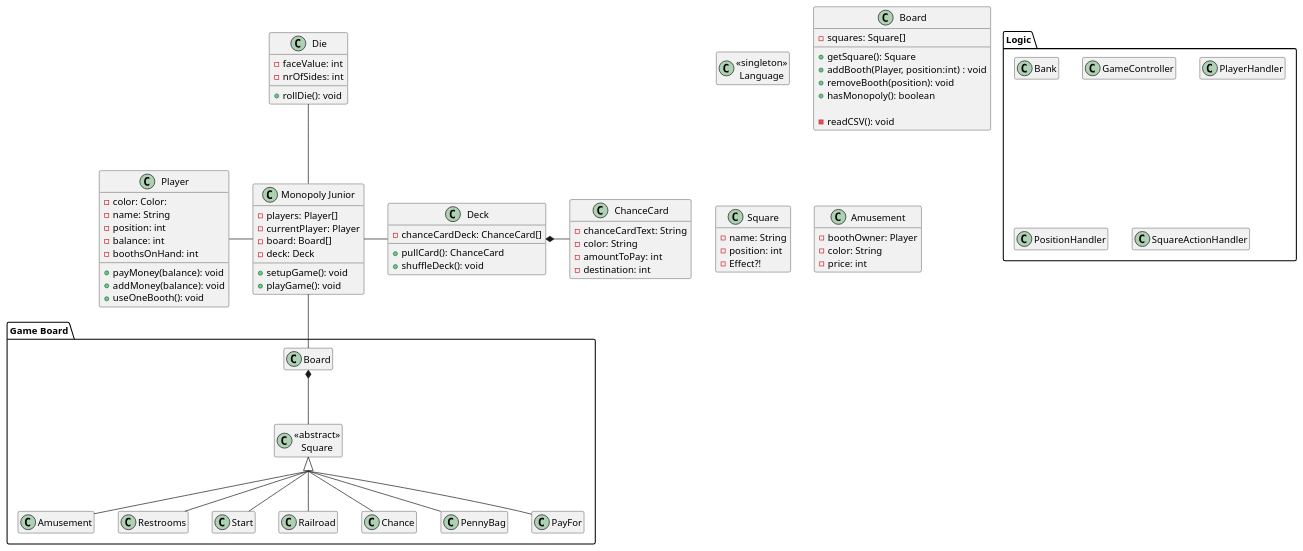
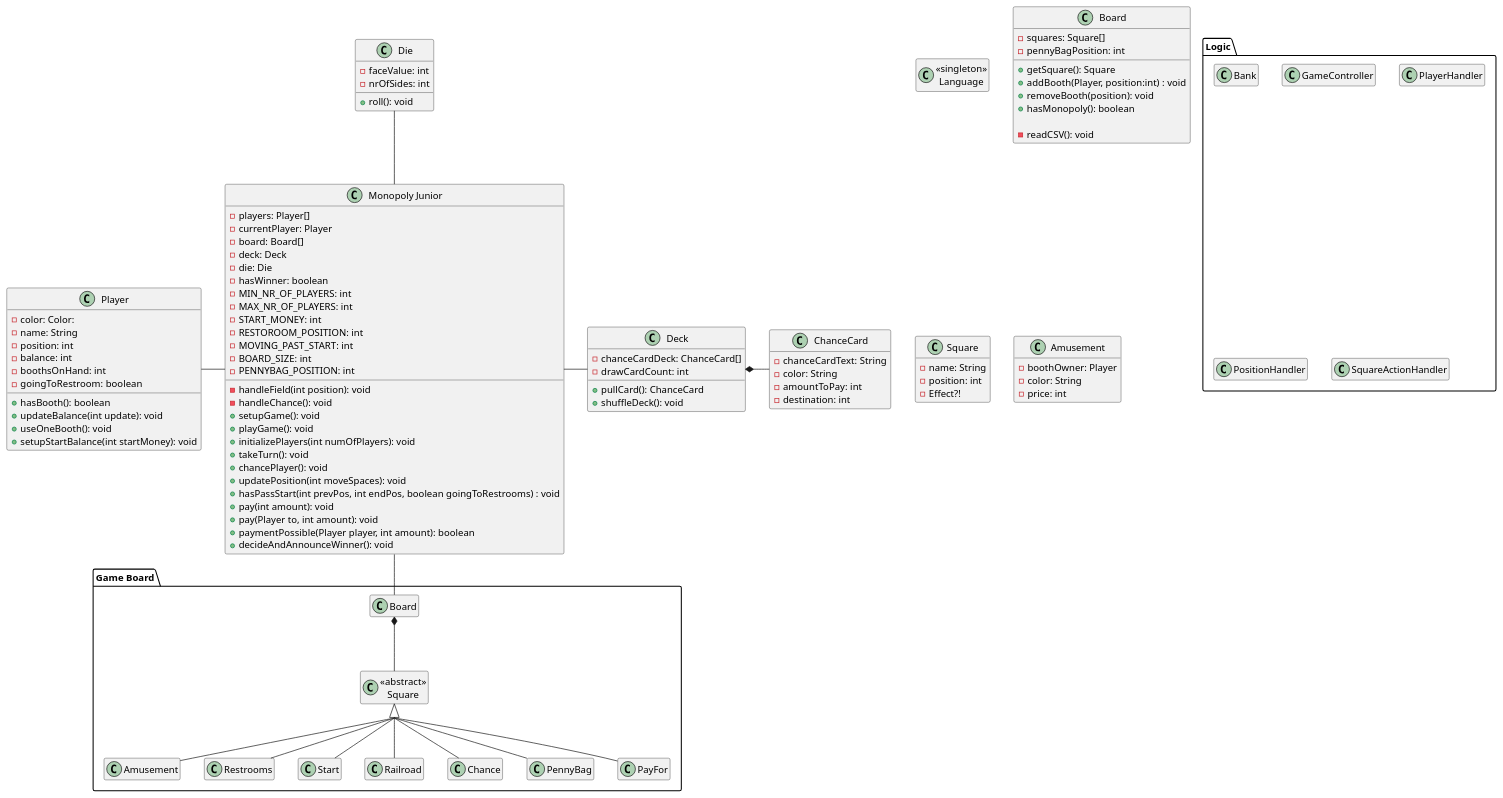
One commit to Greve2001/CDIO3 changed the diagram in diagrams/Designklasse.puml. Above: the diagram before and after it, drawn with PlantUML.

Commit message:
Updated Class diagram

```diff
--- a/diagrams/Designklasse.puml
+++ b/diagrams/Designklasse.puml
@@ -1,115 +1,142 @@
 @startuml
 
 hide empty members
 skinparam groupInheritance 2
 
 class "Monopoly Junior" as Game
 class Die
 
 package "Game Board" {
     class Board
 
     class "<<abstract>>\nSquare" as Square
         class Amusement
         class Restrooms
         class Start
         class Railroad
         class Chance
         class PennyBag
         class PayFor
 }
 
 package Logic {
     class Bank
     class GameController
     class PlayerHandler
     class PositionHandler
     class SquareActionHandler
 }
 
+
+
 class Deck
 class ChanceCard
 class Player
 class "<<singleton>>\nLanguage" as Language
 
 Game -up- Die
 Game -right- Deck
     Deck *-right- ChanceCard
 Game -left- Player
 Game -down- Board
     Board *-down- Square
     Square <|-- Restrooms
     Square <|-- Amusement
     Square <|-- Railroad
     Square <|-- PayFor
     Square <|-- PennyBag
     Square <|-- Start
     Square <|-- Chance
 
 class Game {
     -players: Player[]
     -currentPlayer: Player
     -board: Board[]
     -deck: Deck
+    -die: Die
+    -hasWinner: boolean
+    -MIN_NR_OF_PLAYERS: int
+    -MAX_NR_OF_PLAYERS: int
+    -START_MONEY: int
+    -RESTOROOM_POSITION: int
+    -MOVING_PAST_START: int
+    -BOARD_SIZE: int
+    -PENNYBAG_POSITION: int
 
+    -handleField(int position): void
+    -handleChance(): void
     +setupGame(): void
     +playGame(): void
+    +initializePlayers(int numOfPlayers): void
+    +takeTurn(): void
+    +chancePlayer(): void
+    +updatePosition(int moveSpaces): void
+    +hasPassStart(int prevPos, int endPos, boolean goingToRestrooms) : void
+    +pay(int amount): void
+    +pay(Player to, int amount): void
+    +paymentPossible(Player player, int amount): boolean
+    +decideAndAnnounceWinner(): void
+
 }
 
 class Board {
     -squares: Square[]
+    -pennyBagPosition: int
 
     +getSquare(): Square
     +addBooth(Player, position:int) : void
     +removeBooth(position): void
     +hasMonopoly(): boolean
 
     -readCSV(): void
 }
 
 class Square {
     -name: String
     -position: int
     -Effect?!
 }
 
 class Die {
     -faceValue: int
     -nrOfSides: int
 
-    +rollDie(): void
+    +roll(): void
 }
 
 class Player {
     -color: Color:
     -name: String
     -position: int
     -balance: int
     -boothsOnHand: int
+    -goingToRestroom: boolean
 
-    +payMoney(balance): void
-    +addMoney(balance): void
+    +hasBooth(): boolean
+    +updateBalance(int update): void
     +useOneBooth(): void
+    +setupStartBalance(int startMoney): void
 }
 
 class Deck {
     -chanceCardDeck: ChanceCard[]
+    -drawCardCount: int
 
     +pullCard(): ChanceCard
     +shuffleDeck(): void
 }
 class ChanceCard {
     -chanceCardText: String
     -color: String
     -amountToPay: int
     -destination: int
 
 }
 class Amusement {
     -boothOwner: Player
     -color: String
     -price: int
 
 }
 
 @enduml
```
